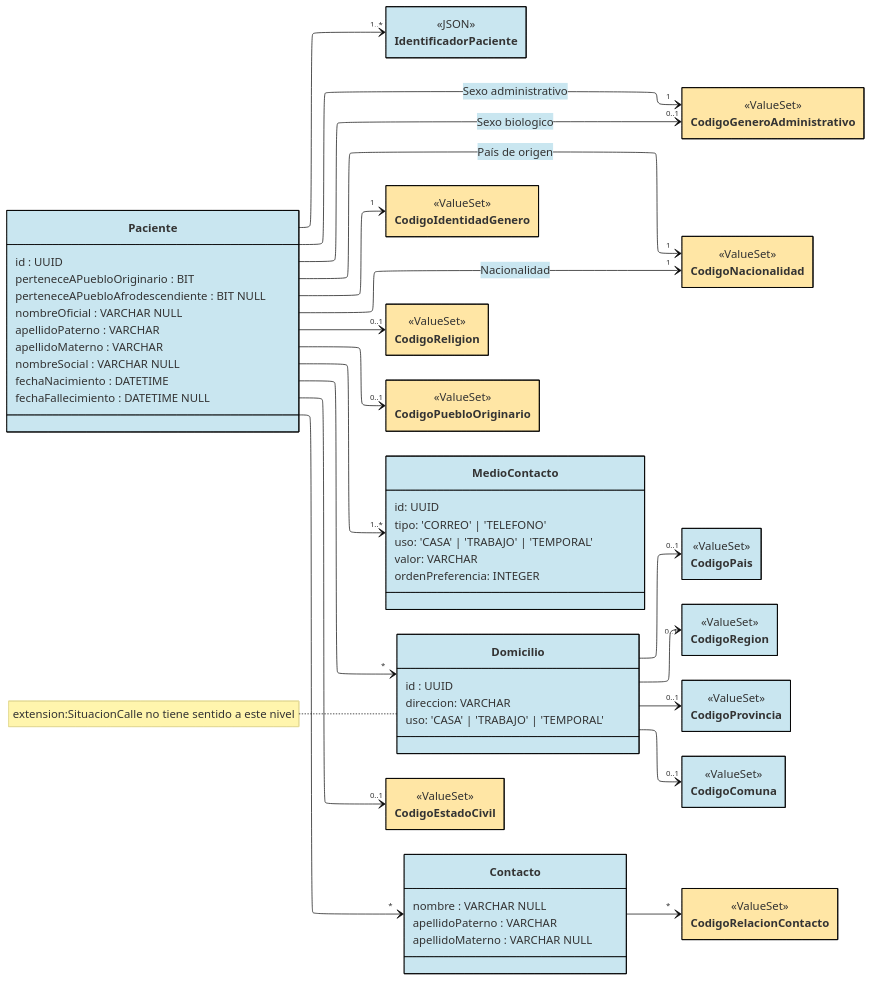
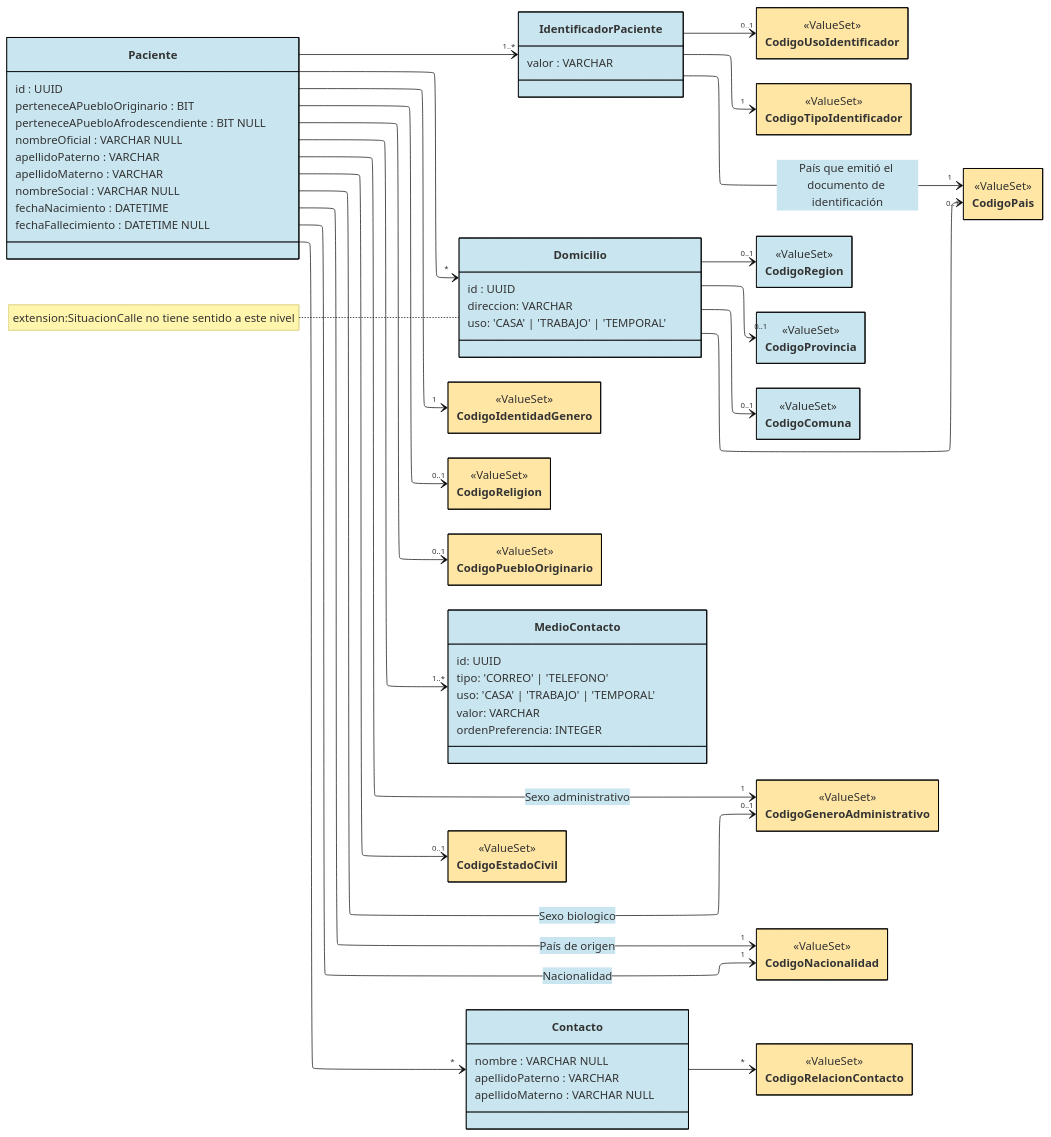
The diagram in docs/Paciente.mmd (chris-f23/diagramas-fhir-tei), drawn with Mermaid before and after one commit.

Commit message:
Actualiza identificador de paciente

```diff
--- a/docs/Paciente.mmd
+++ b/docs/Paciente.mmd
@@ -1,126 +1,146 @@
 ---
 config:
   layout: elk
   theme: base
   class:
     hideEmptyMembersBox: true
   themeVariables:
     primaryBorderColor: "#000000"
     primaryColor: "#C9E6F0"
 ---
 
 classDiagram
 direction LR
 
 class Paciente {
   id : UUID
 
   perteneceAPuebloOriginario : BIT
   perteneceAPuebloAfrodescendiente : BIT NULL
 
   nombreOficial : VARCHAR NULL
   apellidoPaterno : VARCHAR
   apellidoMaterno : VARCHAR
   
   nombreSocial : VARCHAR NULL
 
   fechaNacimiento : DATETIME
   fechaFallecimiento : DATETIME NULL
 
 }
 
-class IdentificadorPaciente { <<JSON>>}
+class IdentificadorPaciente {
+  valor : VARCHAR
+}
+
 link IdentificadorPaciente "https://build.fhir.org/ig/Minsal-CL/SIGTEv2-IG/StructureDefinition-PatientLE-definitions.html#Patient.identifier"
 
 Paciente --> "1..*" IdentificadorPaciente
+
+class CodigoUsoIdentificador { <<ValueSet>> }
+link CodigoUsoIdentificador "https://hl7.org/fhir/R4/valueset-identifier-use.html"
+style CodigoUsoIdentificador fill:#FFE6A5
+
+IdentificadorPaciente --> "0..1" CodigoUsoIdentificador
+
+
+class CodigoTipoIdentificador { <<ValueSet>> }
+link CodigoTipoIdentificador "https://hl7chile.cl/fhir/ig/clcore/1.9.2/ValueSet-VSTipoIdentificador.html"
+style CodigoTipoIdentificador fill:#FFE6A5
+
+IdentificadorPaciente --> "1" CodigoTipoIdentificador
+
+class CodigoPais { <<ValueSet>> }
+link CodigoPais "https://hl7chile.cl/fhir/ig/clcore/1.9.2/ValueSet-CodPais.html"
+style CodigoPais fill:#FFE6A5
+
+IdentificadorPaciente --> "1" CodigoPais: País que emitió el documento de identificación
+
+note for Domicilio "extension:SituacionCalle no tiene sentido a este nivel"
+class Domicilio {
+  id : UUID
+  direccion: VARCHAR
+  uso: 'CASA' | 'TRABAJO' | 'TEMPORAL'
+}
+
+class CodigoRegion { <<ValueSet>> }
+
+class CodigoProvincia { <<ValueSet>> }
+class CodigoComuna { <<ValueSet>> }
+
+Domicilio --> "0..1" CodigoPais
+Domicilio --> "0..1" CodigoRegion
+Domicilio --> "0..1" CodigoProvincia
+Domicilio --> "0..1" CodigoComuna
+
+Paciente --> "*" Domicilio
 
 
 class CodigoIdentidadGenero { <<ValueSet>> }
 link CodigoIdentidadGenero "https://hl7chile.cl/fhir/ig/clcore/1.9.2/ValueSet-VSIdentidaddeGenero.html"
 style CodigoIdentidadGenero fill:#FFE6A5
 
 
 Paciente --> "1" CodigoIdentidadGenero
 
 
 class CodigoGeneroAdministrativo { <<ValueSet>> }
 link CodigoGeneroAdministrativo "https://hl7.org/fhir/R4/valueset-administrative-gender.html"
 style CodigoGeneroAdministrativo fill:#FFE6A5
 
 
 Paciente --> "0..1" CodigoGeneroAdministrativo: Sexo biologico
 Paciente --> "1" CodigoGeneroAdministrativo: Sexo administrativo
 
 class CodigoNacionalidad { <<ValueSet>> }
 link CodigoNacionalidad "https://hl7chile.cl/fhir/ig/clcore/1.9.2/ValueSet-CodPais.html"
 style CodigoNacionalidad fill:#FFE6A5
 
 
 Paciente --> "1" CodigoNacionalidad: Nacionalidad
 Paciente --> "1" CodigoNacionalidad: País de origen
 
 
 class CodigoReligion { <<ValueSet>> }
 link CodigoReligion "https://build.fhir.org/ig/Minsal-CL/SIGTEv2-IG/ValueSet-VSReligion.html"
 style CodigoReligion fill:#FFE6A5
 
 
 Paciente --> "0..1" CodigoReligion
 
 class CodigoPuebloOriginario { <<ValueSet>> }
 link CodigoPuebloOriginario "https://build.fhir.org/ig/Minsal-CL/SIGTEv2-IG/ValueSet-PueblosOriginariosVS.html"
 style CodigoPuebloOriginario fill:#FFE6A5
 
 Paciente --> "0..1" CodigoPuebloOriginario
 
 class MedioContacto {
   id: UUID
   tipo: 'CORREO' | 'TELEFONO'
   uso: 'CASA' | 'TRABAJO' | 'TEMPORAL'
   valor: VARCHAR
   ordenPreferencia: INTEGER
 }
 
 Paciente --> "1..*" MedioContacto
 
-note for Domicilio "extension:SituacionCalle no tiene sentido a este nivel"
-class Domicilio {
-  id : UUID
-  direccion: VARCHAR
-  uso: 'CASA' | 'TRABAJO' | 'TEMPORAL'
-}
-class CodigoPais { <<ValueSet>> }
-
-class CodigoRegion { <<ValueSet>> }
-
-class CodigoProvincia { <<ValueSet>> }
-class CodigoComuna { <<ValueSet>> }
-
-Domicilio --> "0..1" CodigoPais
-Domicilio --> "0..1" CodigoRegion
-Domicilio --> "0..1" CodigoProvincia
-Domicilio --> "0..1" CodigoComuna
-
-Paciente --> "*" Domicilio
-
-
 class CodigoEstadoCivil { <<ValueSet>> }
 link CodigoEstadoCivil "https://build.fhir.org/ig/Minsal-CL/SIGTEv2-IG/ValueSet-VSEstadoCivil.html"
 style CodigoEstadoCivil fill:#FFE6A5
 
 Paciente --> "0..1" CodigoEstadoCivil
 
 
 class Contacto {
   nombre : VARCHAR NULL
   apellidoPaterno : VARCHAR
   apellidoMaterno : VARCHAR NULL
 }
 
 class CodigoRelacionContacto { <<ValueSet>> }
 link CodigoRelacionContacto "https://hl7.org/fhir/R4/valueset-patient-contactrelationship.html"
 style CodigoRelacionContacto fill:#FFE6A5
 
 Contacto --> "*" CodigoRelacionContacto
 
 Paciente --> "*" Contacto
```
